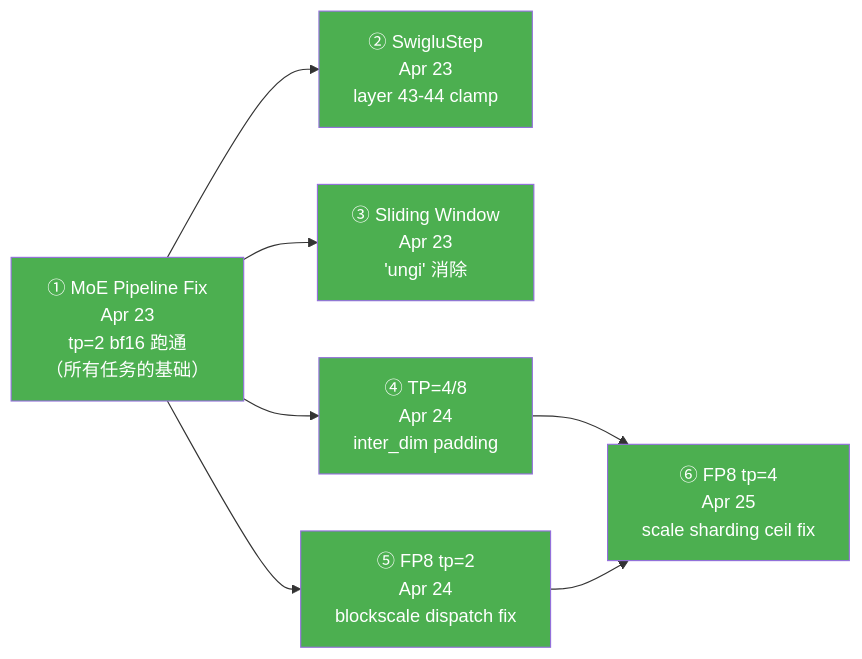
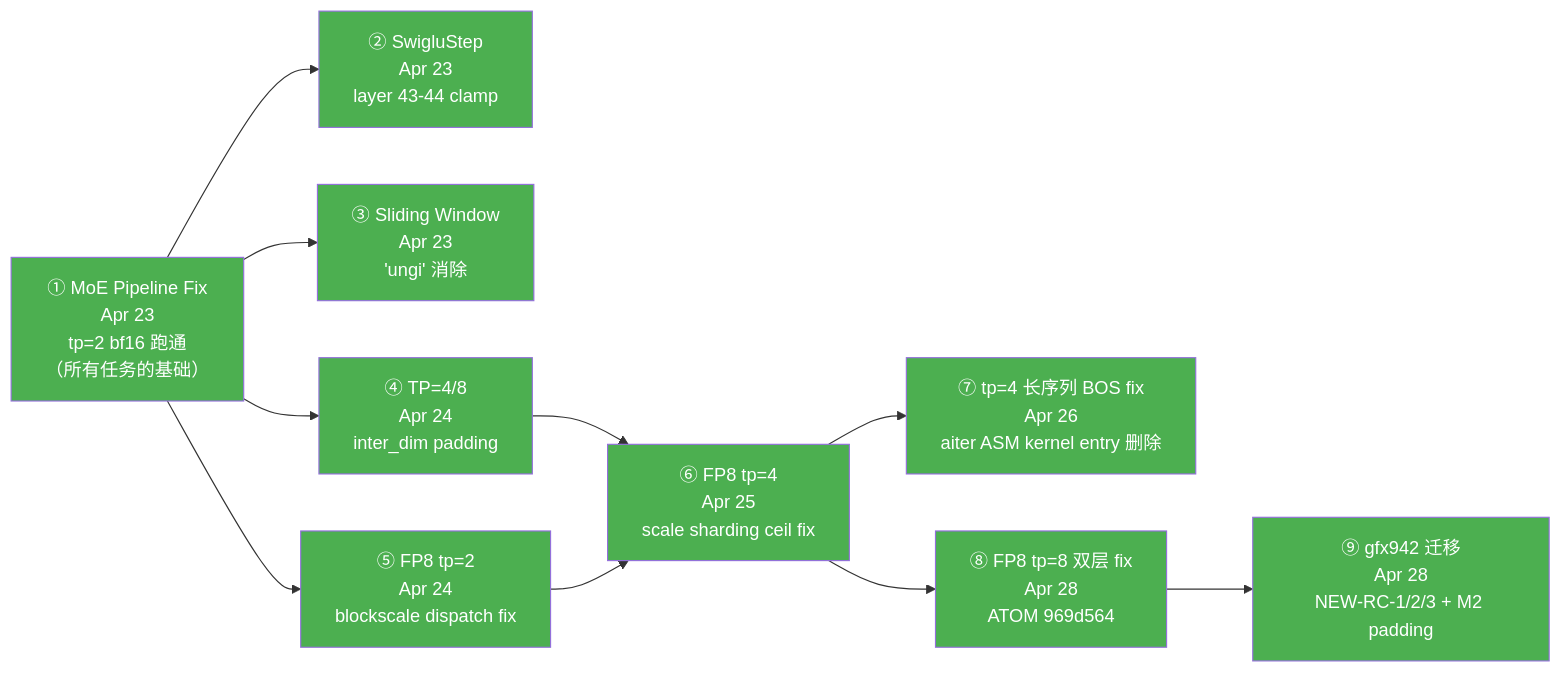
Before and after one commit to LJ-underdog/project_summary: the first of 2 diagrams in step35-flash-support/README.md, drawn with Mermaid. The commit also changed other lines of this file and 2 other files, not shown here.

````diff
--- a/step35-flash-support/README.md
+++ b/step35-flash-support/README.md
@@ -14,17 +35,23 @@
 ```mermaid
 graph LR
     A["① MoE Pipeline Fix<br/>Apr 23<br/>tp=2 bf16 跑通<br/>（所有任务的基础）"]
     A --> B["② SwigluStep<br/>Apr 23<br/>layer 43-44 clamp"]
     A --> C["③ Sliding Window<br/>Apr 23<br/>'ungi' 消除"]
     A --> D["④ TP=4/8<br/>Apr 24<br/>inter_dim padding"]
     A --> E["⑤ FP8 tp=2<br/>Apr 24<br/>blockscale dispatch fix"]
     D --> F["⑥ FP8 tp=4<br/>Apr 25<br/>scale sharding ceil fix"]
     E --> F
+    F --> G["⑦ tp=4 长序列 BOS fix<br/>Apr 26<br/>aiter ASM kernel entry 删除"]
+    F --> H["⑧ FP8 tp=8 双层 fix<br/>Apr 28<br/>ATOM 969d564"]
+    H --> I["⑨ gfx942 迁移<br/>Apr 28<br/>NEW-RC-1/2/3 + M2 padding"]
 
     style A fill:#4CAF50,color:#fff
     style B fill:#4CAF50,color:#fff
     style C fill:#4CAF50,color:#fff
     style D fill:#4CAF50,color:#fff
     style E fill:#4CAF50,color:#fff
     style F fill:#4CAF50,color:#fff
+    style G fill:#4CAF50,color:#fff
+    style H fill:#4CAF50,color:#fff
+    style I fill:#4CAF50,color:#fff
 ```
````
